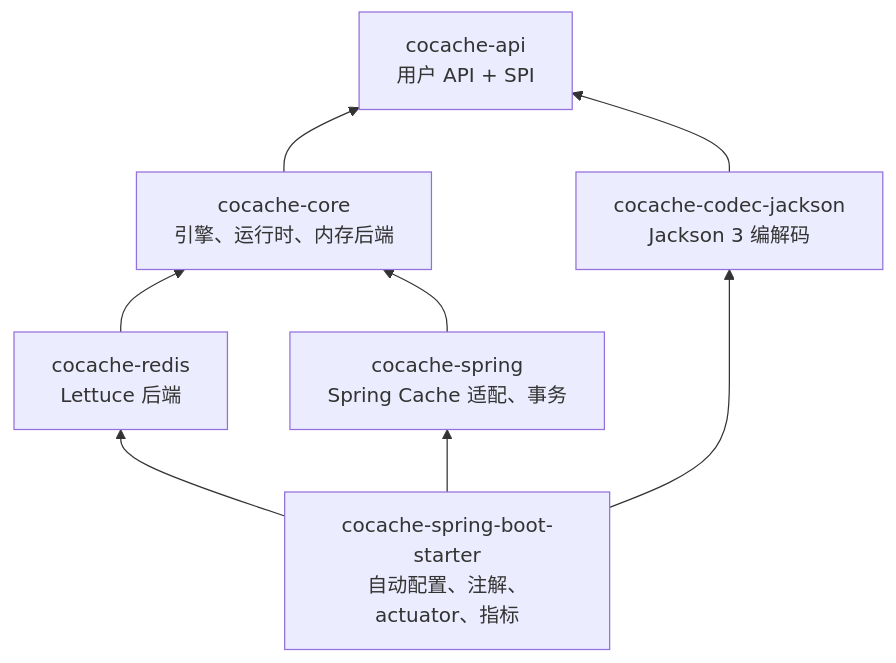
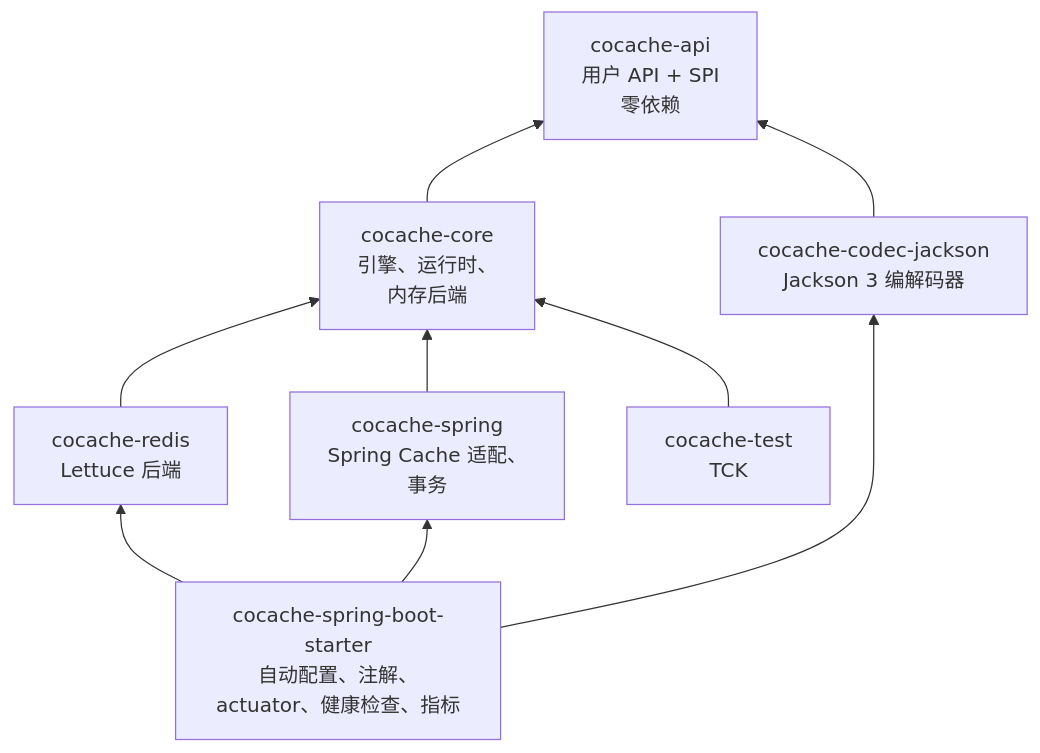
Before and after one commit to Ahoo-Wang/CoCache: the first of 2 diagrams in wiki/zh/architecture/index.md, drawn with Mermaid. The commit also changed other lines of this file and 23 other files, not shown here.

Commit message:
fix(core): SetCache format checks; docs: rewrite operations and architecture (en + zh)

````diff
--- a/wiki/zh/architecture/index.md
+++ b/wiki/zh/architecture/index.md
@@ -24,16 +26,18 @@
 ```mermaid
 flowchart BT
-    api["cocache-api<br>用户 API + SPI"]
-    core["cocache-core<br>引擎、运行时、内存后端"]
+    api["cocache-api<br>用户 API + SPI<br>零依赖"]
+    core["cocache-core<br>引擎、运行时、<br>内存后端"]
     redis["cocache-redis<br>Lettuce 后端"]
-    jackson["cocache-codec-jackson<br>Jackson 3 编解码"]
-    spring["cocache-spring<br>Spring Cache 适配、事务"]
-    starter["cocache-spring-boot-starter<br>自动配置、注解、actuator、指标"]
+    jackson["cocache-codec-jackson<br>Jackson 3 编解码器"]
+    spring["cocache-spring<br>Spring Cache 适配、<br>事务"]
+    starter["cocache-spring-boot-starter<br>自动配置、注解、<br>actuator、健康检查、指标"]
+    tck["cocache-test<br>TCK"]
     core --> api
+    jackson --> api
     redis --> core
-    jackson --> api
     spring --> core
+    tck --> core
     starter --> spring
     starter --> redis
     starter --> jackson
 ```
````
